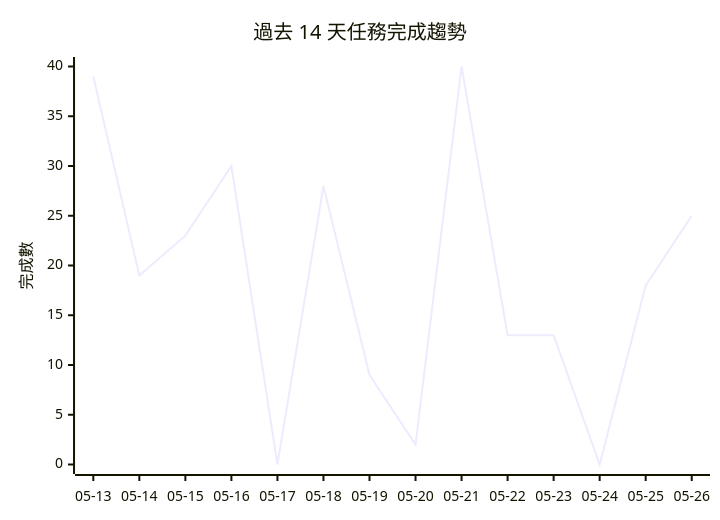
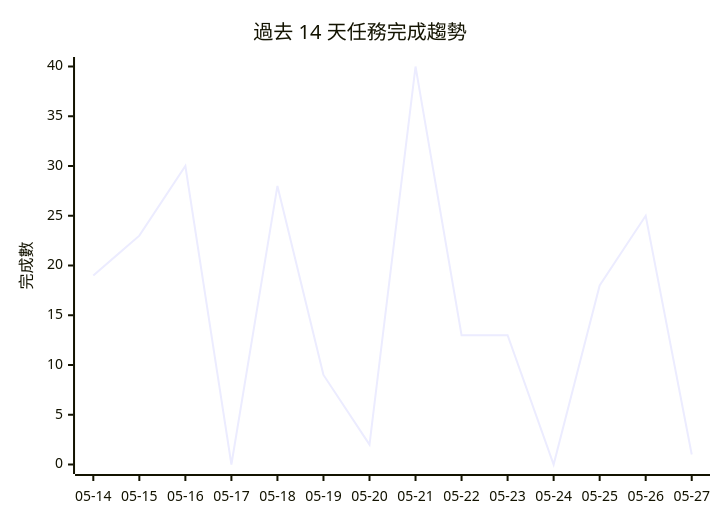
The diagram in README.md (openclawchen8-lgtm/openclawchen8-lgtm), drawn with Mermaid before and after one commit. The commit also changed other lines of this file, not shown here.

````diff
--- a/README.md
+++ b/README.md
@@ -146,7 +179,7 @@
 ```mermaid
 xychart-beta
     title "過去 14 天任務完成趨勢"
-    x-axis ["05-13", "05-14", "05-15", "05-16", "05-17", "05-18", "05-19", "05-20", "05-21", "05-22", "05-23", "05-24", "05-25", "05-26"]
+    x-axis ["05-14", "05-15", "05-16", "05-17", "05-18", "05-19", "05-20", "05-21", "05-22", "05-23", "05-24", "05-25", "05-26", "05-27"]
     y-axis "完成數" 0 --> 40
-    line [39, 19, 23, 30, 0, 28, 9, 2, 40, 13, 13, 0, 18, 25]
+    line [19, 23, 30, 0, 28, 9, 2, 40, 13, 13, 0, 18, 25, 1]
 ```
````
